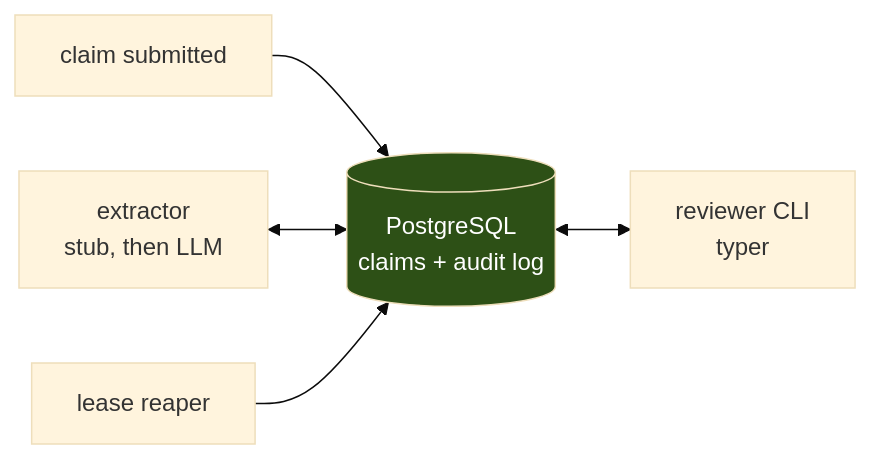
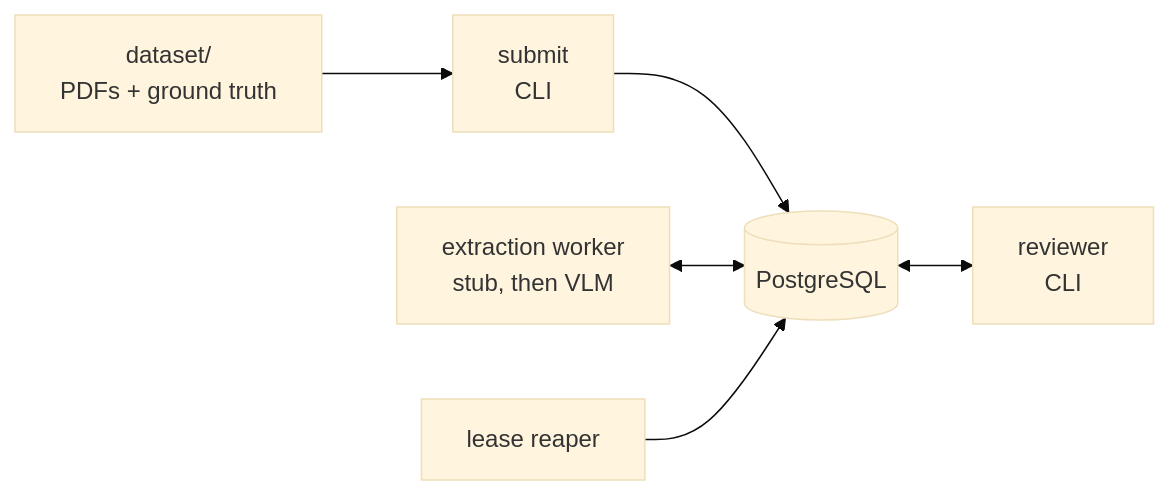
The first of 4 diagrams in 01-claim-loop/README.md (zuucrew/beyond-the-notebook), drawn with Mermaid (base theme) before and after one commit. The commit also changed other lines of this file and 1 other file, not shown here.

First line of the commit message:
docs: comprehensive README — architecture, flow, state machine, schema

````diff
--- a/01-claim-loop/README.md
+++ b/01-claim-loop/README.md
@@ -76,10 +42,8 @@
 ```mermaid
 flowchart LR
-    SUBMIT[claim submitted] --> DB
-    EXTRACT[extractor<br/>stub, then LLM] <--> DB
-    DB[(PostgreSQL<br/>claims + audit log)]
-    DB <--> CLI[reviewer CLI<br/>typer]
+    DATA[dataset/<br/>PDFs + ground truth] --> SUBMIT[submit<br/>CLI]
+    SUBMIT --> DB[(PostgreSQL)]
+    WORKER[extraction worker<br/>stub, then VLM] <--> DB
+    DB <--> REVIEW[reviewer<br/>CLI]
     REAPER[lease reaper] --> DB
-
-    style DB fill:#2d5016,color:#fff
 ```
````
